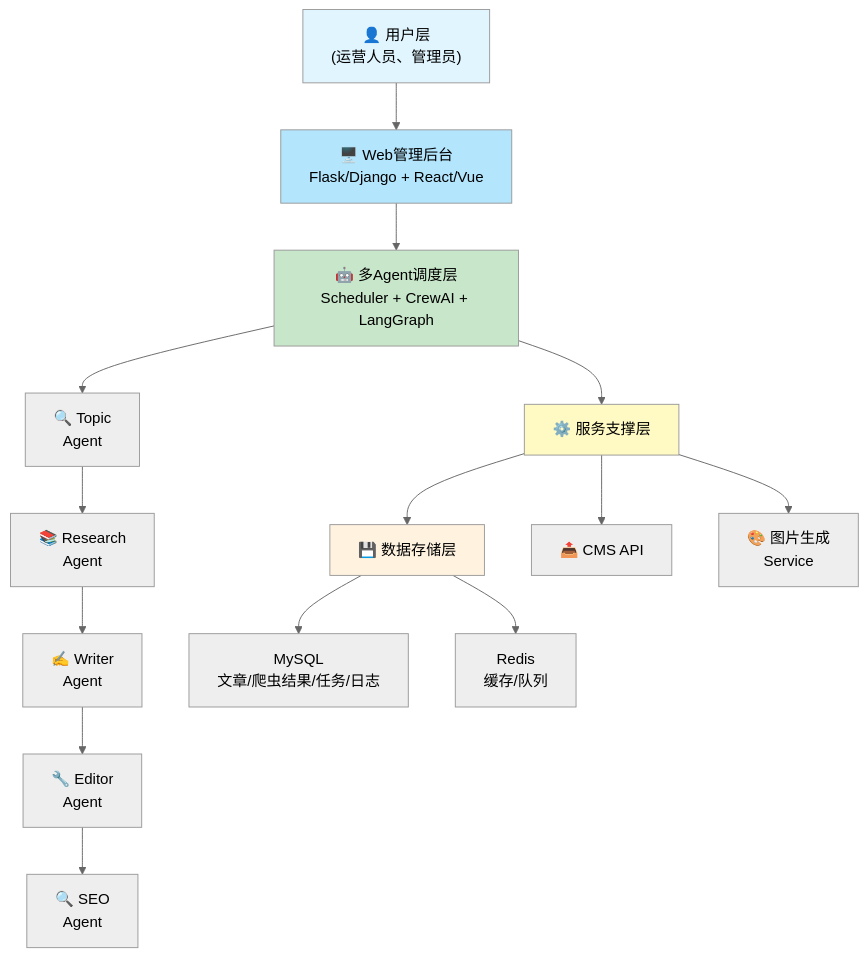
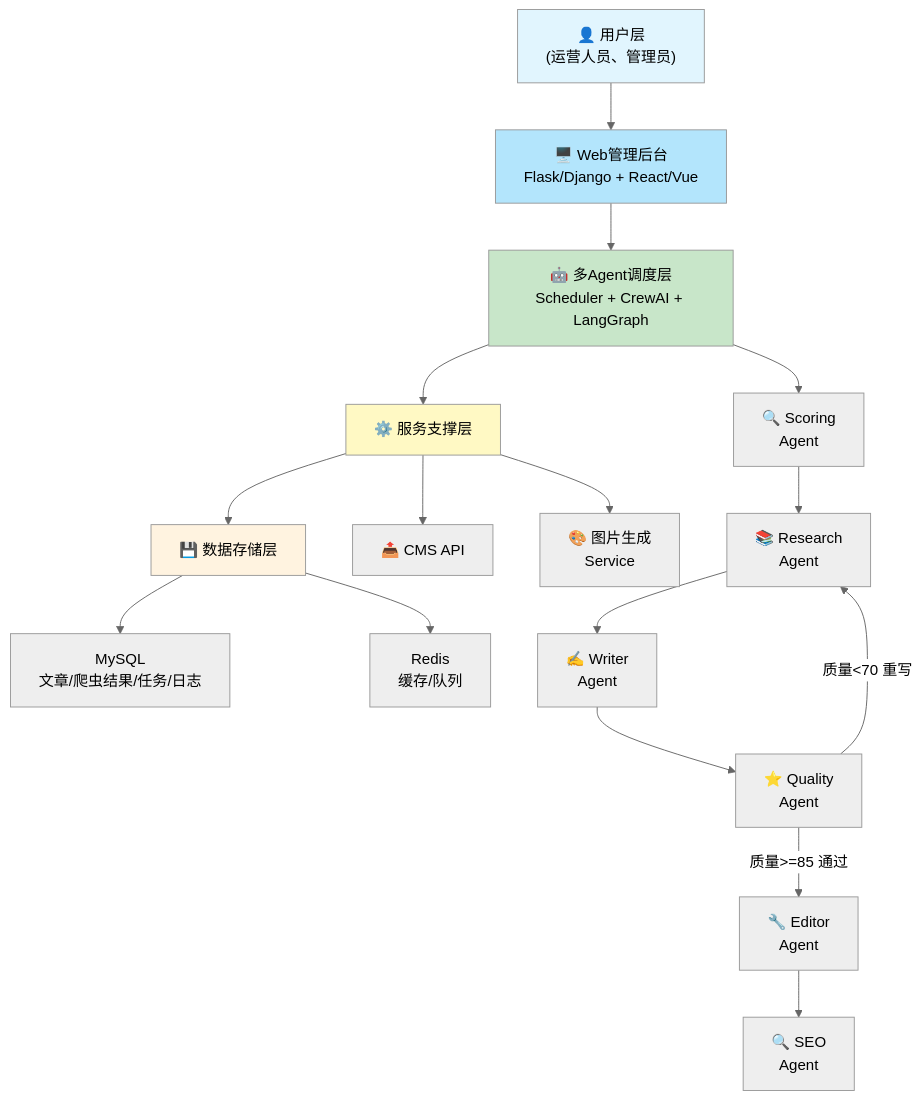
One commit to flyingsnowzz/Multi-Agent-Automatic-Operation-Website changed the first of 3 diagrams in 05-部署方案.md. Above: the diagram before and after it, drawn with Mermaid (neutral theme). The commit also changed 3 other files, not shown here.

````diff
--- a/05-部署方案.md
+++ b/05-部署方案.md
@@ -24,33 +24,36 @@
 ```mermaid
 flowchart TB
     USER["👤 用户层\n(运营人员、管理员)"]
     WEB["🖥️ Web管理后台\nFlask/Django + React/Vue"]
     AGENT_LAYER["🤖 多Agent调度层\nScheduler + CrewAI + LangGraph"]
     SERVICE_LAYER["⚙️ 服务支撑层"]
     STORAGE_LAYER["💾 数据存储层"]
 
-    TOPIC["🔍 Topic\nAgent"]
+    TOPIC["🔍 Scoring\nAgent"]
     RESEARCH["📚 Research\nAgent"]
     WRITER["✍️ Writer\nAgent"]
+    QUALITY["⭐ Quality\nAgent"]
     EDITOR["🔧 Editor\nAgent"]
     SEO["🔍 SEO\nAgent"]
 
     CMS_API["📤 CMS API"]
     IMG["🎨 图片生成\nService"]
 
     MYSQL["MySQL\n文章/爬虫结果/任务/日志"]
     REDIS["Redis\n缓存/队列"]
 
     USER --> WEB --> AGENT_LAYER
     AGENT_LAYER --> SERVICE_LAYER --> STORAGE_LAYER
 
-    AGENT_LAYER --> TOPIC --> RESEARCH --> WRITER --> EDITOR --> SEO
+    AGENT_LAYER --> TOPIC --> RESEARCH --> WRITER --> QUALITY
+    QUALITY -->|"质量<70 重写"| RESEARCH
+    QUALITY -->|"质量>=85 通过"| EDITOR --> SEO
     SERVICE_LAYER --> CMS_API & IMG
     STORAGE_LAYER --> MYSQL & REDIS
 
     style USER fill:#e1f5fe
     style WEB fill:#b3e5fc
     style AGENT_LAYER fill:#c8e6c9
     style SERVICE_LAYER fill:#fff9c4
     style STORAGE_LAYER fill:#fff3e0
 ```
````
